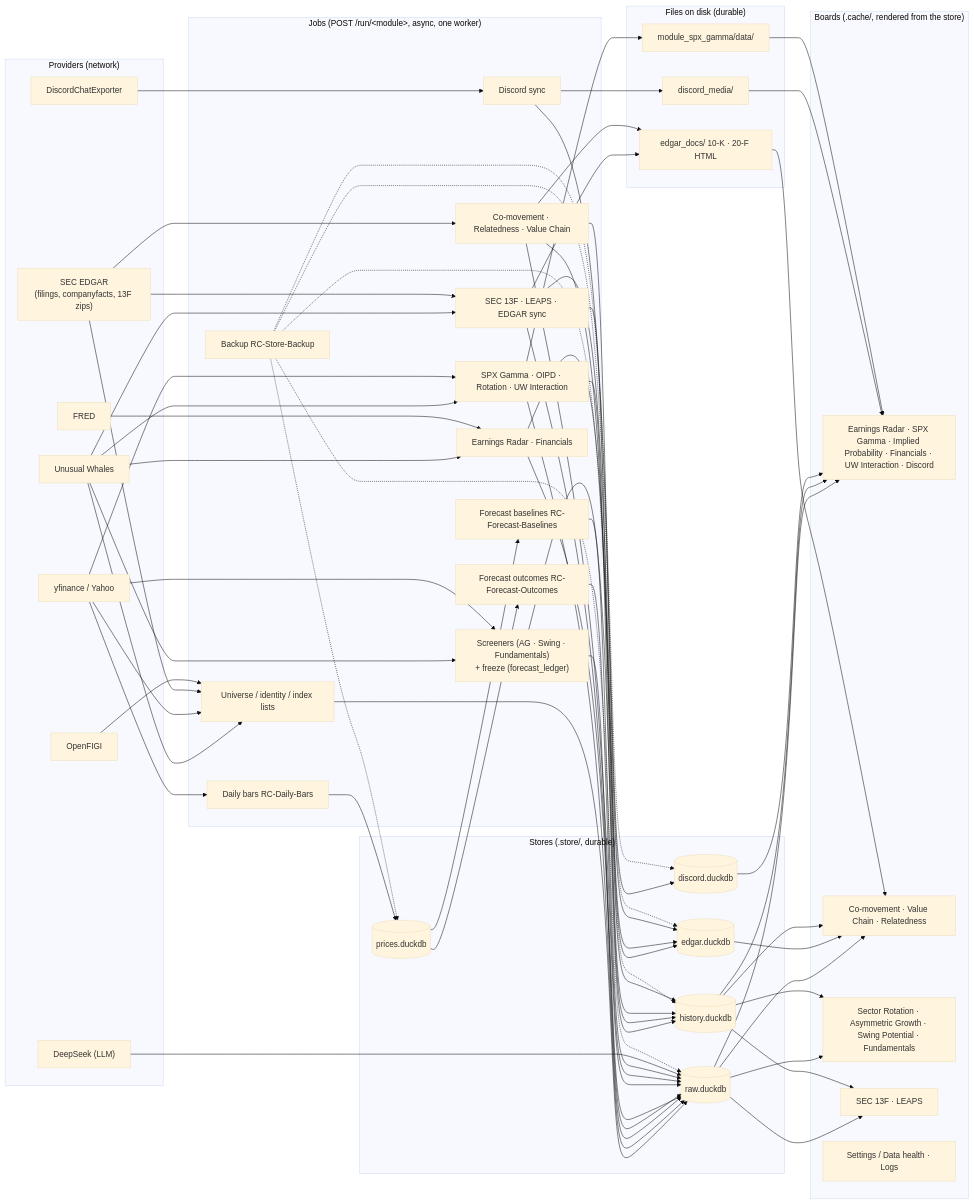
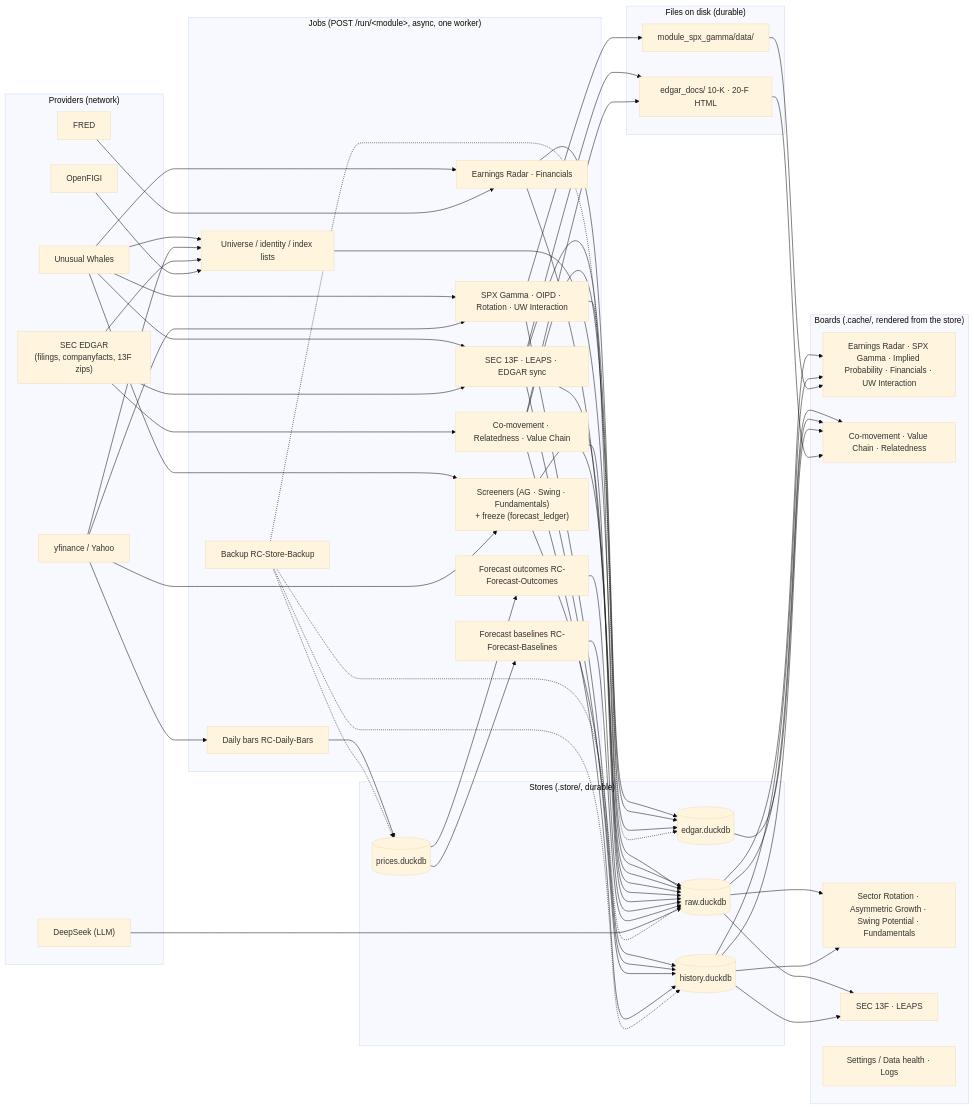
The diagram in docs/system_map.md (alsanvolkan/RevenueChaser-public), drawn with Mermaid (base theme) before and after one commit. The commit also changed other lines of this file and 88 other files, not shown here.

````diff
--- a/docs/system_map.md
+++ b/docs/system_map.md
@@ -82,79 +81,71 @@
 ```mermaid
 flowchart LR
     subgraph providers["Providers (network)"]
         UW["Unusual Whales"]
         YF["yfinance / Yahoo"]
         SEC["SEC EDGAR<br/>(filings, companyfacts, 13F zips)"]
         FRED["FRED"]
         OF["OpenFIGI"]
-        DCE["DiscordChatExporter"]
         DS["DeepSeek (LLM)"]
     end
 
     subgraph jobs["Jobs (POST /run/&lt;module&gt;, async, one worker)"]
         UNI["Universe / identity / index lists"]
         MKT["SPX Gamma · OIPD · Rotation · UW Interaction"]
         SCR["Screeners (AG · Swing · Fundamentals)<br/>+ freeze (forecast_ledger)"]
         ERN["Earnings Radar · Financials"]
         OWN["SEC 13F · LEAPS · EDGAR sync"]
         COM["Co-movement · Relatedness · Value Chain"]
-        DBC["Discord sync"]
         BAR["Daily bars RC-Daily-Bars"]
         OUT["Forecast outcomes RC-Forecast-Outcomes"]
         BAS["Forecast baselines RC-Forecast-Baselines"]
         BAK["Backup RC-Store-Backup"]
     end
 
     subgraph stores["Stores (.store/, durable)"]
         RAW[("raw.duckdb")]
         EDGAR[("edgar.duckdb")]
         PRICES[("prices.duckdb")]
         HIST[("history.duckdb")]
-        DISCORD[("discord.duckdb")]
     end
 
     subgraph files["Files on disk (durable)"]
         EDOCS["edgar_docs/ 10-K · 20-F HTML"]
-        DMEDIA["discord_media/"]
         SPXTREE["module_spx_gamma/data/"]
     end
 
     subgraph boards["Boards (.cache/, rendered from the store)"]
-        B_RESEARCH["Earnings Radar · SPX Gamma · Implied Probability · Financials · UW Interaction · Discord"]
+        B_RESEARCH["Earnings Radar · SPX Gamma · Implied Probability · Financials · UW Interaction"]
         B_CLASS["Co-movement · Value Chain · Relatedness"]
         B_SCREEN["Sector Rotation · Asymmetric Growth · Swing Potential · Fundamentals"]
         B_OWN["SEC 13F · LEAPS"]
         B_OPS["Settings / Data health · Logs"]
     end
 
     UW --> MKT & SCR & ERN & OWN & UNI
     YF --> UNI & MKT & SCR & BAR
     SEC --> OWN & UNI & COM
     FRED --> ERN
     OF --> UNI
-    DCE --> DBC
 
     UNI --> RAW
     MKT --> RAW & SPXTREE & HIST
     SCR --> RAW & HIST
     ERN --> RAW & EDGAR
     OWN --> RAW & EDGAR & EDOCS & HIST
     COM --> RAW & EDGAR & EDOCS & HIST
-    DBC --> DISCORD & DMEDIA
     BAR --> PRICES
     OUT --> RAW
     BAS --> RAW
     DS --> RAW
 
     RAW --> B_RESEARCH & B_CLASS & B_SCREEN & B_OWN
     EDGAR --> B_CLASS
     PRICES --> OUT
     PRICES --> BAS
     HIST --> B_RESEARCH & B_CLASS & B_SCREEN & B_OWN
-    DISCORD --> B_RESEARCH
     EDOCS --> B_CLASS
-    DMEDIA --> B_RESEARCH
     SPXTREE --> B_RESEARCH
 
-    BAK -.-> RAW & EDGAR & PRICES & HIST & DISCORD
+    BAK -.-> RAW & EDGAR & PRICES & HIST
 ```
````
